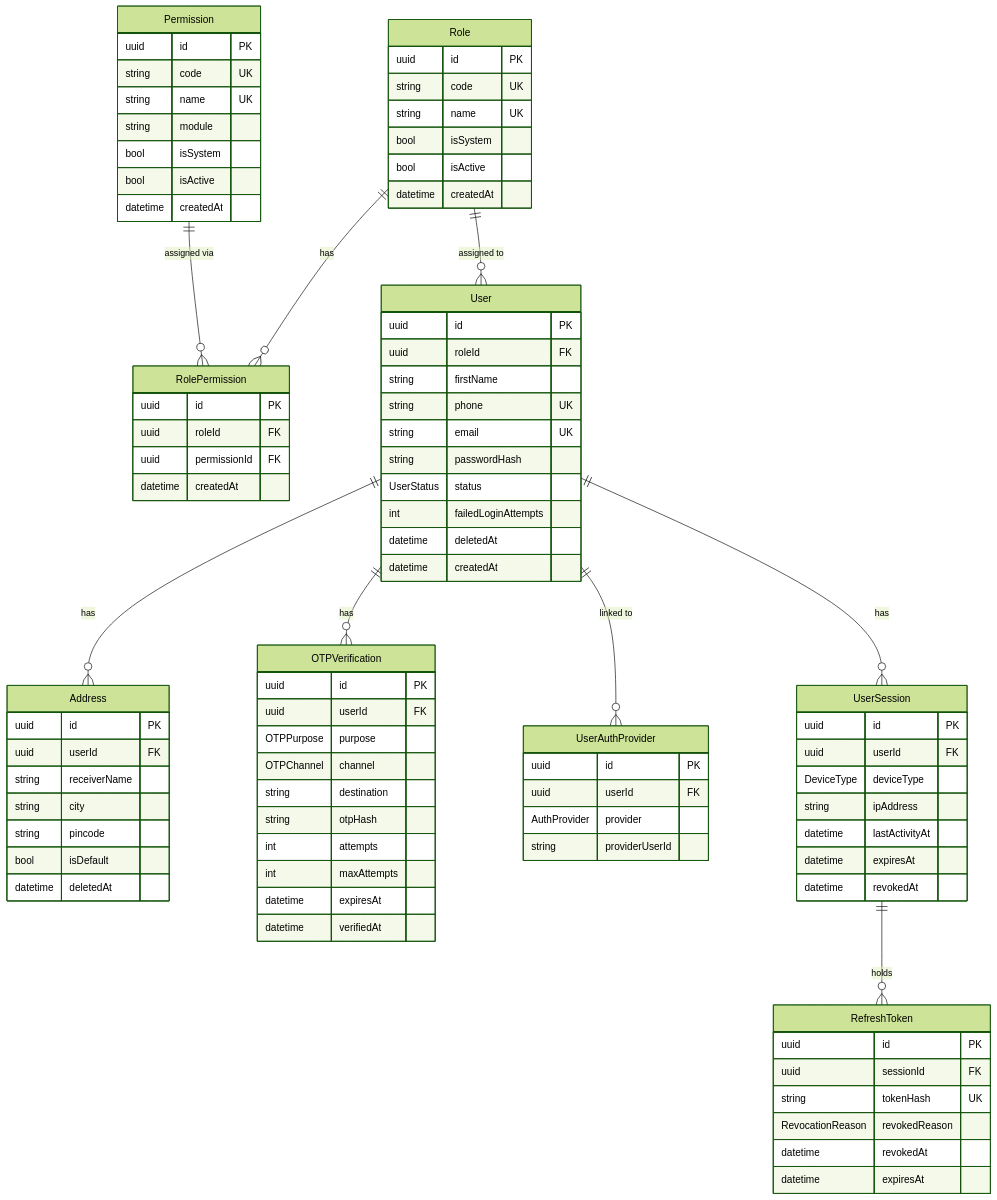
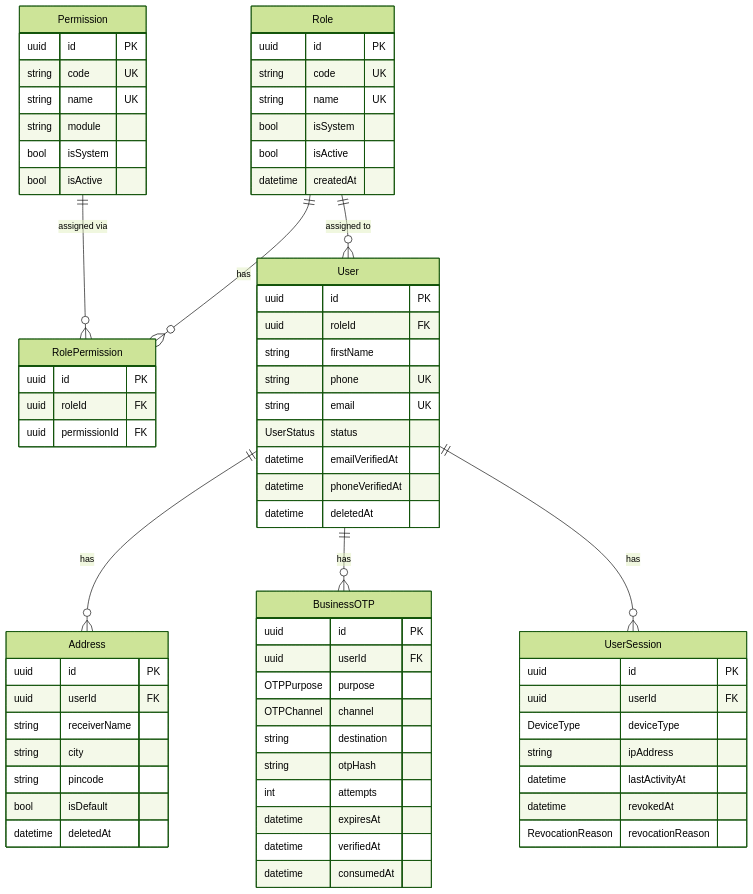
The diagram in docs/database/module1-iam.md (Owaisdln/aasPass), drawn with Mermaid (forest theme) before and after one commit. The commit also changed other lines of this file and 11 other files, not shown here.

````diff
--- a/docs/database/module1-iam.md
+++ b/docs/database/module1-iam.md
@@ -347,13 +316,11 @@
         string module
         bool isSystem
         bool isActive
-        datetime createdAt
     }
     RolePermission {
         uuid id PK
         uuid roleId FK
         uuid permissionId FK
-        datetime createdAt
     }
     User {
         uuid id PK
@@ -361,11 +328,10 @@
         string firstName
         string phone UK
         string email UK
-        string passwordHash
         UserStatus status
-        int failedLoginAttempts
+        datetime emailVerifiedAt
+        datetime phoneVerifiedAt
         datetime deletedAt
-        datetime createdAt
     }
     Address {
         uuid id PK
@@ -376,7 +342,7 @@
         bool isDefault
         datetime deletedAt
     }
-    OTPVerification {
+    BusinessOTP {
         uuid id PK
         uuid userId FK
         OTPPurpose purpose
@@ -384,15 +350,9 @@
         string destination
         string otpHash
         int attempts
-        int maxAttempts
         datetime expiresAt
         datetime verifiedAt
-    }
-    UserAuthProvider {
-        uuid id PK
-        uuid userId FK
-        AuthProvider provider
-        string providerUserId
+        datetime consumedAt
     }
     UserSession {
         uuid id PK
@@ -400,24 +360,14 @@
         DeviceType deviceType
         string ipAddress
         datetime lastActivityAt
-        datetime expiresAt
         datetime revokedAt
-    }
-    RefreshToken {
-        uuid id PK
-        uuid sessionId FK
-        string tokenHash UK
-        RevocationReason revokedReason
-        datetime revokedAt
-        datetime expiresAt
+        RevocationReason revocationReason
     }
 
     Role ||--o{ RolePermission : "has"
     Permission ||--o{ RolePermission : "assigned via"
     Role ||--o{ User : "assigned to"
     User ||--o{ Address : "has"
-    User ||--o{ OTPVerification : "has"
-    User ||--o{ UserAuthProvider : "linked to"
+    User ||--o{ BusinessOTP : "has"
     User ||--o{ UserSession : "has"
-    UserSession ||--o{ RefreshToken : "holds"
 ```
````
